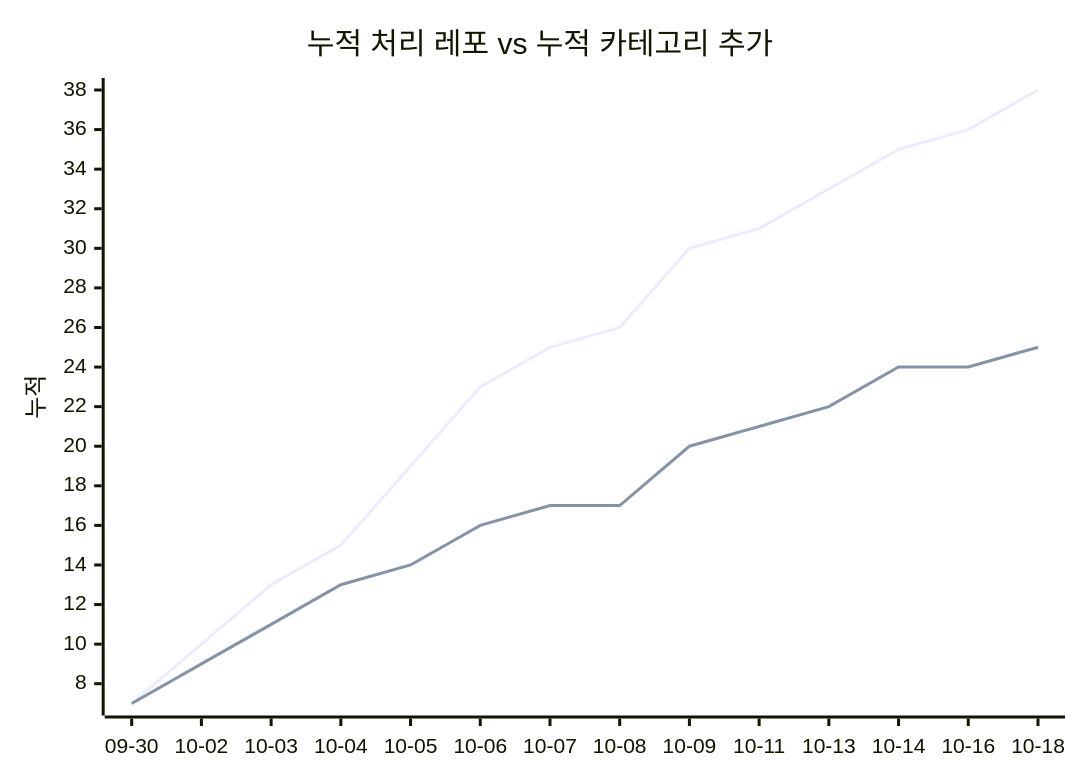
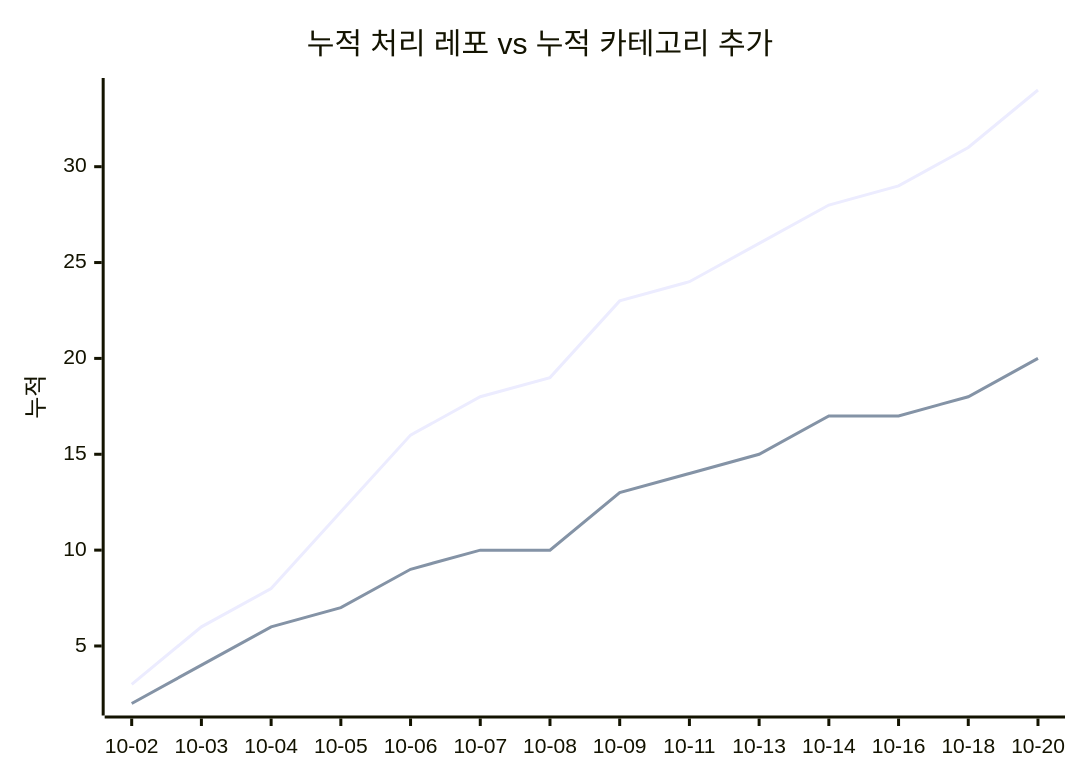
One commit to J-nowcow/awesome-korean-agent-skills changed the second of 2 diagrams in docs/trends.md. Above: the diagram before and after it, drawn with Mermaid. The commit also changed other lines of this file and 5 other files, not shown here.

````diff
--- a/docs/trends.md
+++ b/docs/trends.md
@@ -68,8 +68,8 @@
 ```mermaid
 xychart-beta
     title "누적 처리 레포 vs 누적 카테고리 추가"
-    x-axis ["09-30","10-02","10-03","10-04","10-05","10-06","10-07","10-08","10-09","10-11","10-13","10-14","10-16","10-18"]
+    x-axis ["10-02","10-03","10-04","10-05","10-06","10-07","10-08","10-09","10-11","10-13","10-14","10-16","10-18","10-20"]
     y-axis "누적"
-    line [7,10,13,15,19,23,25,26,30,31,33,35,36,38]
-    line [7,9,11,13,14,16,17,17,20,21,22,24,24,25]
+    line [3,6,8,12,16,18,19,23,24,26,28,29,31,34]
+    line [2,4,6,7,9,10,10,13,14,15,17,17,18,20]
 ```
````
